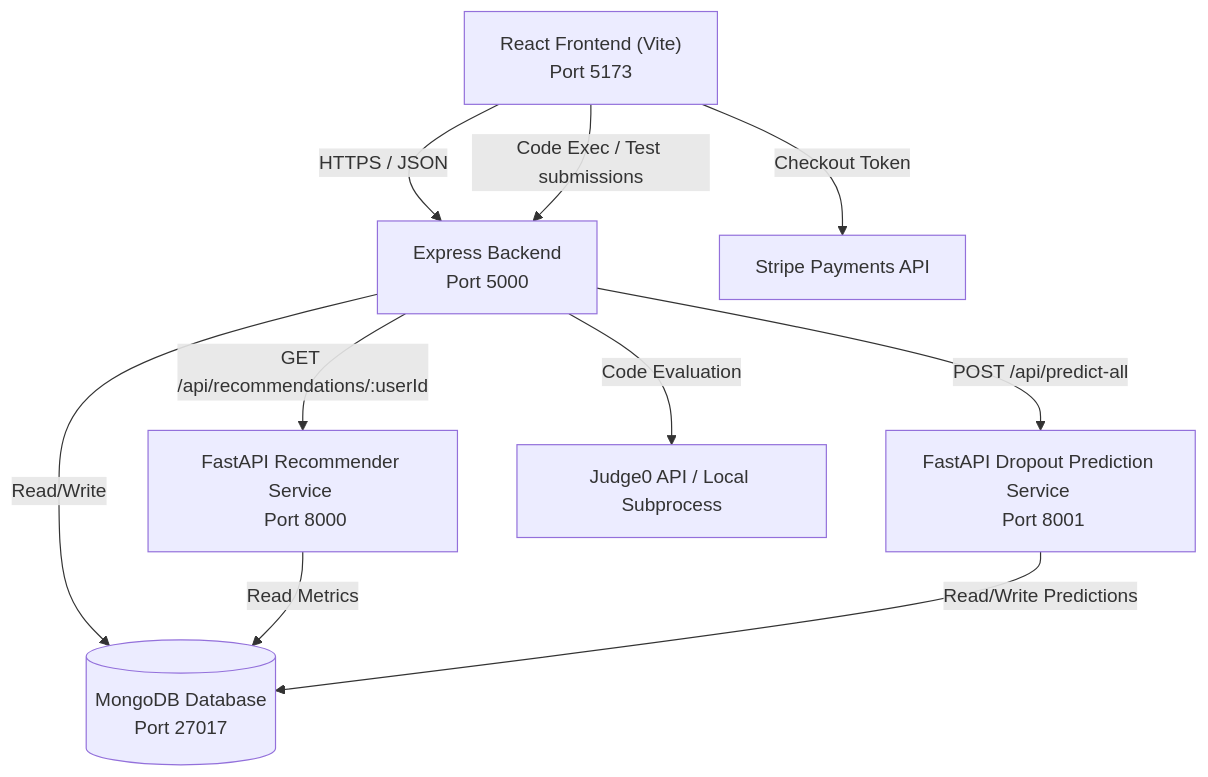
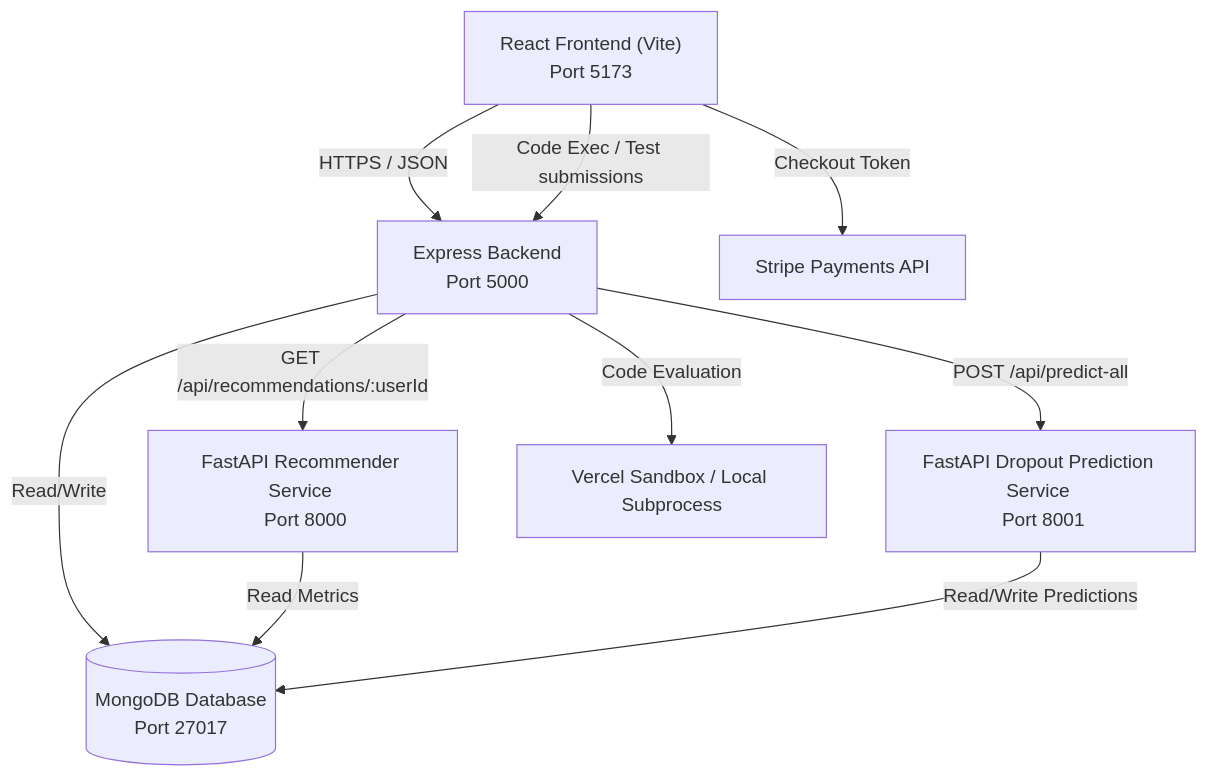
One commit to kenzo4k/stride changed the diagram in README.md. Above: the diagram before and after it, drawn with Mermaid. The commit also changed other lines of this file and 2 other files, not shown here.

Commit message:
Remove Judge0 instances and update references to Vercel Sandbox

````diff
--- a/README.md
+++ b/README.md
@@ -11,14 +11,14 @@
 ```mermaid
 graph TD
     Client["React Frontend (Vite) <br/> Port 5173"] -- HTTPS / JSON --> ExpressAPI["Express Backend <br/> Port 5000"]
     Client -- Code Exec / Test submissions --> ExpressAPI
     Client -- Checkout Token --> Stripe["Stripe Payments API"]
     
     ExpressAPI -- Read/Write --> MongoDB[("MongoDB Database <br/> Port 27017")]
     ExpressAPI -- GET /api/recommendations/:userId --> RecService["FastAPI Recommender Service <br/> Port 8000"]
     ExpressAPI -- POST /api/predict-all --> DropoutService["FastAPI Dropout Prediction Service <br/> Port 8001"]
-    ExpressAPI -- Code Evaluation --> Judge0["Judge0 API / Local Subprocess"]
+    ExpressAPI -- Code Evaluation --> Sandbox["Vercel Sandbox / Local Subprocess"]
 
     RecService -- Read Metrics --> MongoDB
     DropoutService -- Read/Write Predictions --> MongoDB
 ```
````
